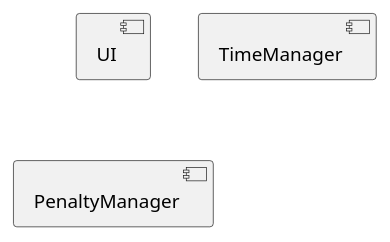
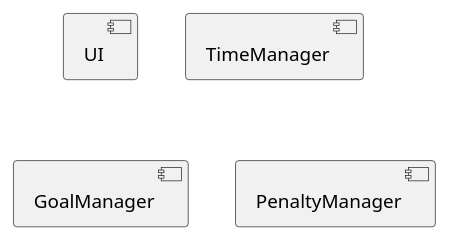
Before and after one commit to maerkl24/hockeygameclock: the diagram in docs/plantuml/components.plantuml, drawn with PlantUML. The commit also changed 1 other file, not shown here.

```diff
--- a/docs/plantuml/components.plantuml
+++ b/docs/plantuml/components.plantuml
@@ -1,9 +1,11 @@
 @startuml Components
 
 [UI]
 
 [TimeManager]
 
+[GoalManager]
+
 [PenaltyManager]
 
 @enduml
```
